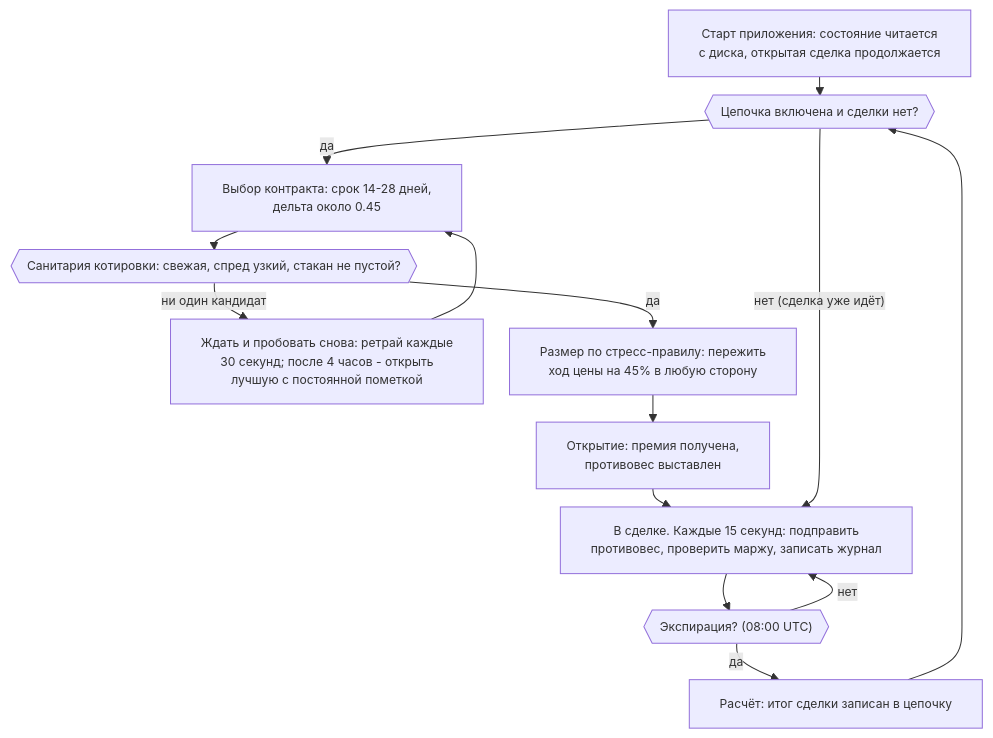
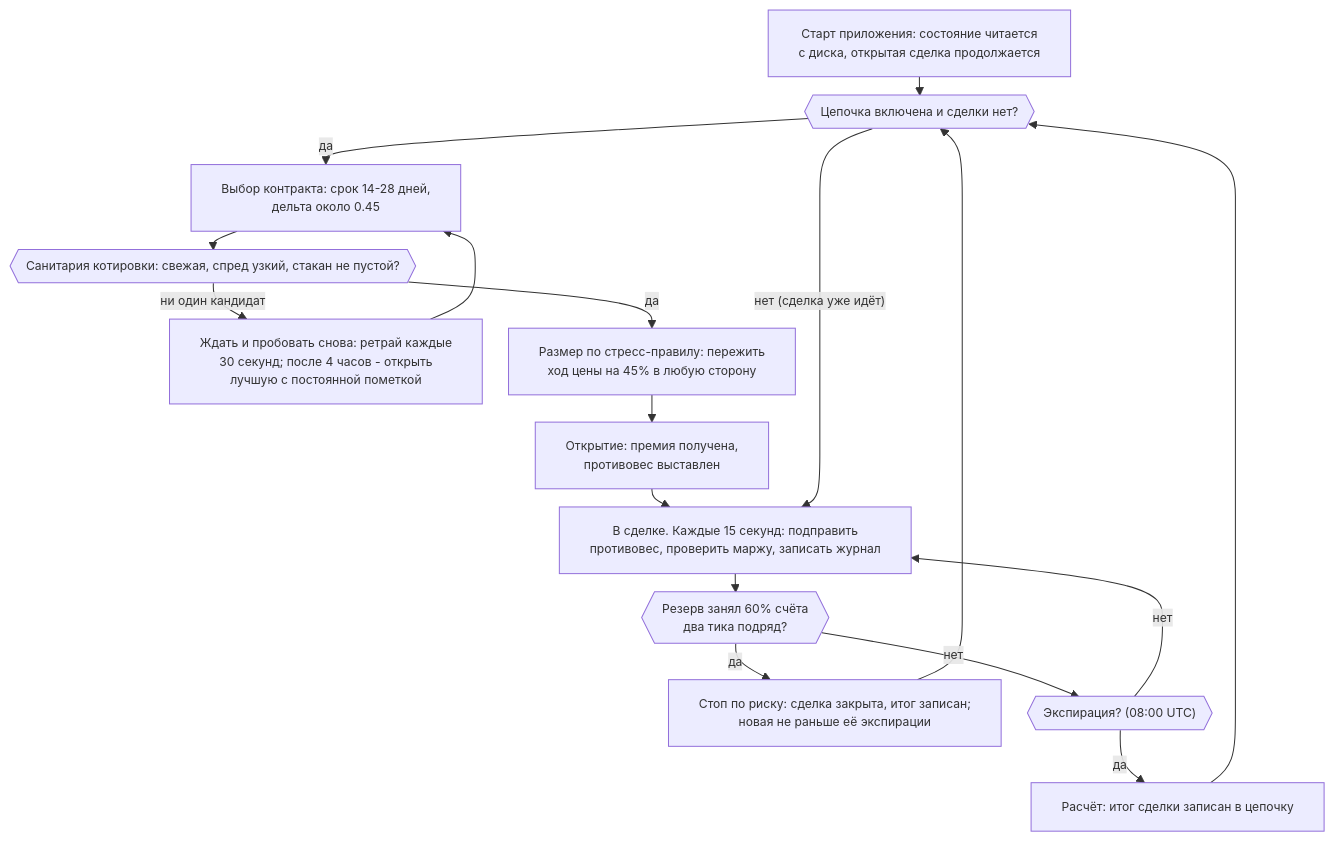
Before and after one commit to hamiltonalex/botLab: the first of 6 diagrams in botLab-desktop/docs/bot2-btc-options-how-it-works.ru.md, drawn with Mermaid. The commit also changed other lines of this file and 3 other files, not shown here.

````diff
--- a/botLab-desktop/docs/bot2-btc-options-how-it-works.ru.md
+++ b/botLab-desktop/docs/bot2-btc-options-how-it-works.ru.md
@@ -36,17 +36,20 @@
 ```mermaid
 %%{init: {"themeVariables": {"fontSize": "12px"}, "flowchart": {"nodeSpacing": 26, "rankSpacing": 18, "diagramPadding": 4, "wrappingWidth": 380}}}%%
 flowchart TD
     A["Старт приложения: состояние читается<br/>с диска, открытая сделка продолжается"] --> B{{"Цепочка включена и сделки нет?"}}
     B -- "да" --> C["Выбор контракта: срок 14-28 дней,<br/>дельта около 0.45"]
     C --> D{{"Санитария котировки: свежая, спред узкий, стакан не пустой?"}}
     D -- "ни один кандидат" --> W["Ждать и пробовать снова: ретрай каждые<br/>30 секунд; после 4 часов - открыть<br/>лучшую с постоянной пометкой"]
     W --> C
     D -- "да" --> E["Размер по стресс-правилу: пережить<br/>ход цены на 45% в любую сторону"]
     E --> F["Открытие: премия получена,<br/>противовес выставлен"]
     F --> G["В сделке. Каждые 15 секунд: подправить<br/>противовес, проверить маржу, записать журнал"]
-    G --> H{{"Экспирация? (08:00 UTC)"}}
+    G --> S{{"Резерв занял 60% счёта<br/>два тика подряд?"}}
+    S -- "да" --> X["Стоп по риску: сделка закрыта, итог записан;<br/>новая не раньше её экспирации"]
+    X --> B
+    S -- "нет" --> H{{"Экспирация? (08:00 UTC)"}}
     H -- "нет" --> G
     H -- "да" --> I["Расчёт: итог сделки записан в цепочку"]
     I --> B
     B -- "нет (сделка уже идёт)" --> G
 ```
````
